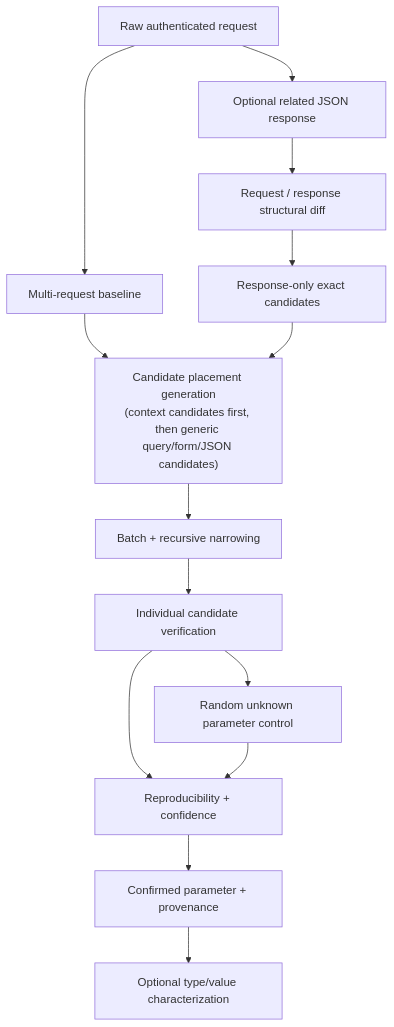
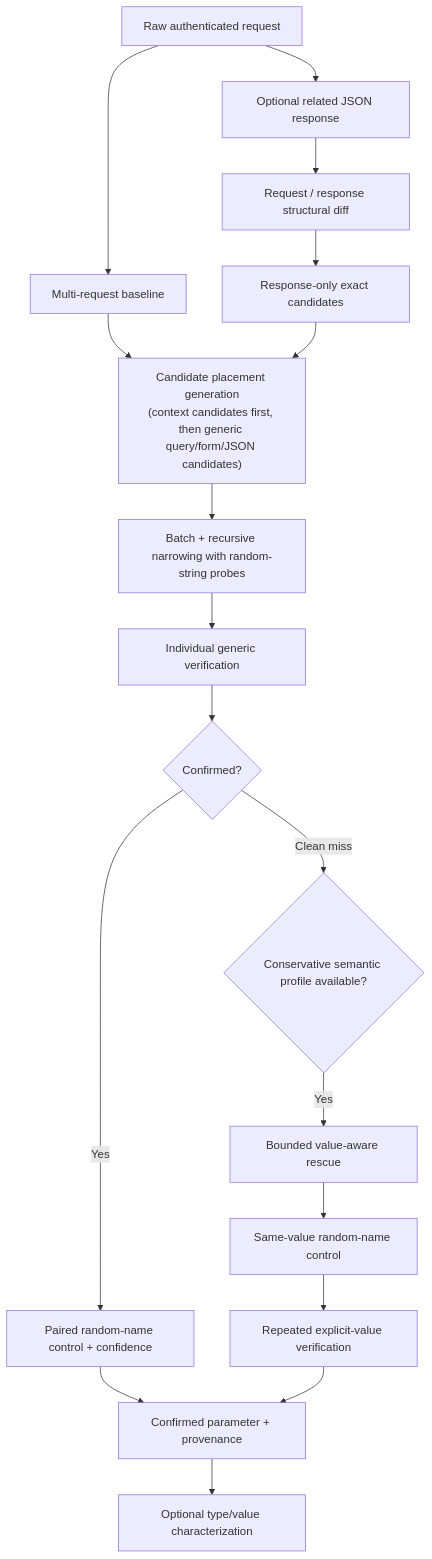
The diagram in README.md (tobiasGuta/ParamIntel), drawn with Mermaid before and after one commit. The commit also changed other lines of this file and 11 other files, not shown here.

First line of the commit message:
feat: ParamIntel v0.4 value-aware discovery

````diff
--- a/README.md
+++ b/README.md
@@ -54,18 +40,22 @@
 ```mermaid
 flowchart TD
     A["Raw authenticated request"] --> B["Multi-request baseline"]
     A --> C["Optional related JSON response"]
     C --> D["Request / response structural diff"]
     D --> E["Response-only exact candidates"]
 
     B --> F["Candidate placement generation<br/>(context candidates first, then generic query/form/JSON candidates)"]
     E --> F
 
-    F --> G["Batch + recursive narrowing"]
-    G --> H["Individual candidate verification"]
-    H --> I["Random unknown parameter control"]
-    H --> J["Reproducibility + confidence"]
-    I --> J
-    J --> K["Confirmed parameter + provenance"]
-    K --> L["Optional type/value characterization"]
+    F --> G["Batch + recursive narrowing with random-string probes"]
+    G --> H["Individual generic verification"]
+    H --> I{"Confirmed?"}
+    I -->|Yes| J["Paired random-name control + confidence"]
+    I -->|Clean miss| K{"Conservative semantic profile available?"}
+    K -->|Yes| L["Bounded value-aware rescue"]
+    L --> M["Same-value random-name control"]
+    M --> N["Repeated explicit-value verification"]
+    J --> O["Confirmed parameter + provenance"]
+    N --> O
+    O --> P["Optional type/value characterization"]
 ```
````
